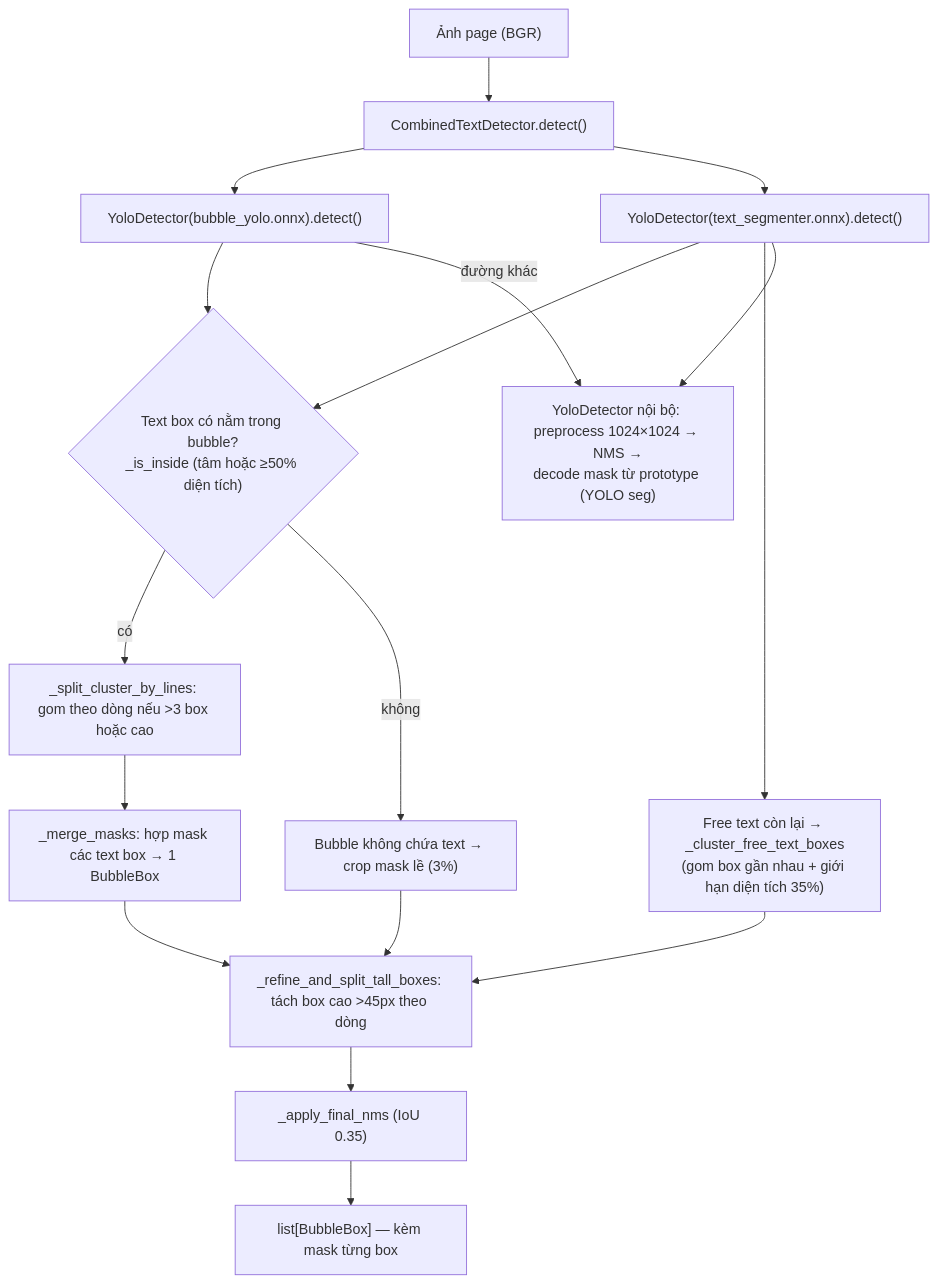
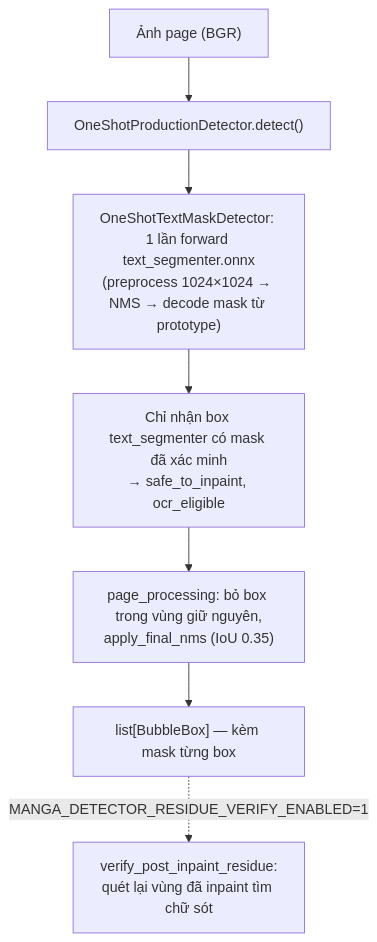
Before and after one commit to tuantran00541-spec/manga-translator: the sixth of 12 diagrams in docs/ARCHITECTURE.md, drawn with Mermaid. The commit also changed other lines of this file and 97 other files, not shown here.

````diff
--- a/docs/ARCHITECTURE.md
+++ b/docs/ARCHITECTURE.md
@@ -177,19 +177,9 @@
 ```mermaid
 flowchart TD
-    A["Ảnh page (BGR)"] --> B["CombinedTextDetector.detect()"]
-    B --> C["YoloDetector(bubble_yolo.onnx).detect()"]
-    B --> D["YoloDetector(text_segmenter.onnx).detect()"]
-    C --> E{"Text box có nằm trong bubble?<br/>_is_inside (tâm hoặc ≥50% diện tích)"}
-    D --> E
-    E -->|"có"| F["_split_cluster_by_lines: gom theo dòng nếu >3 box hoặc cao"]
-    F --> G["_merge_masks: hợp mask các text box → 1 BubbleBox"]
-    E -->|"không"| H["Bubble không chứa text → crop mask lề (3%)"]
-    D --> I["Free text còn lại → _cluster_free_text_boxes<br/>(gom box gần nhau + giới hạn diện tích 35%)"]
-    I --> J["_refine_and_split_tall_boxes: tách box cao >45px theo dòng"]
-    G --> J
-    H --> J
-    J --> K["_apply_final_nms (IoU 0.35)"]
-    K --> L["list[BubbleBox] — kèm mask từng box"]
-    C -->|"đường khác"| M["YoloDetector nội bộ: preprocess 1024×1024 → NMS →<br/>decode mask từ prototype (YOLO seg)"]
-    D --> M
+    A["Ảnh page (BGR)"] --> B["OneShotProductionDetector.detect()"]
+    B --> C["OneShotTextMaskDetector: 1 lần forward text_segmenter.onnx<br/>(preprocess 1024×1024 → NMS → decode mask từ prototype)"]
+    C --> D["Chỉ nhận box text_segmenter có mask đã xác minh<br/>→ safe_to_inpaint, ocr_eligible"]
+    D --> E["page_processing: bỏ box trong vùng giữ nguyên,<br/>apply_final_nms (IoU 0.35)"]
+    E --> F["list[BubbleBox] — kèm mask từng box"]
+    F -.->|"MANGA_DETECTOR_RESIDUE_VERIFY_ENABLED=1"| G["verify_post_inpaint_residue:<br/>quét lại vùng đã inpaint tìm chữ sót"]
 ```
````
